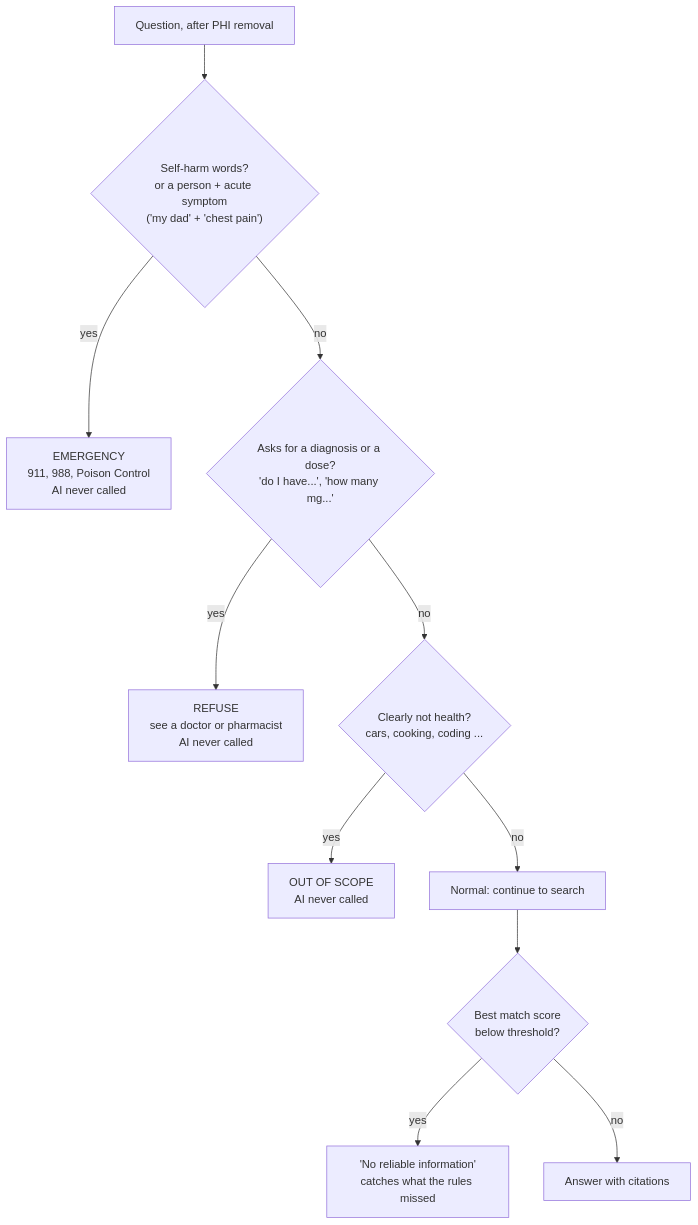
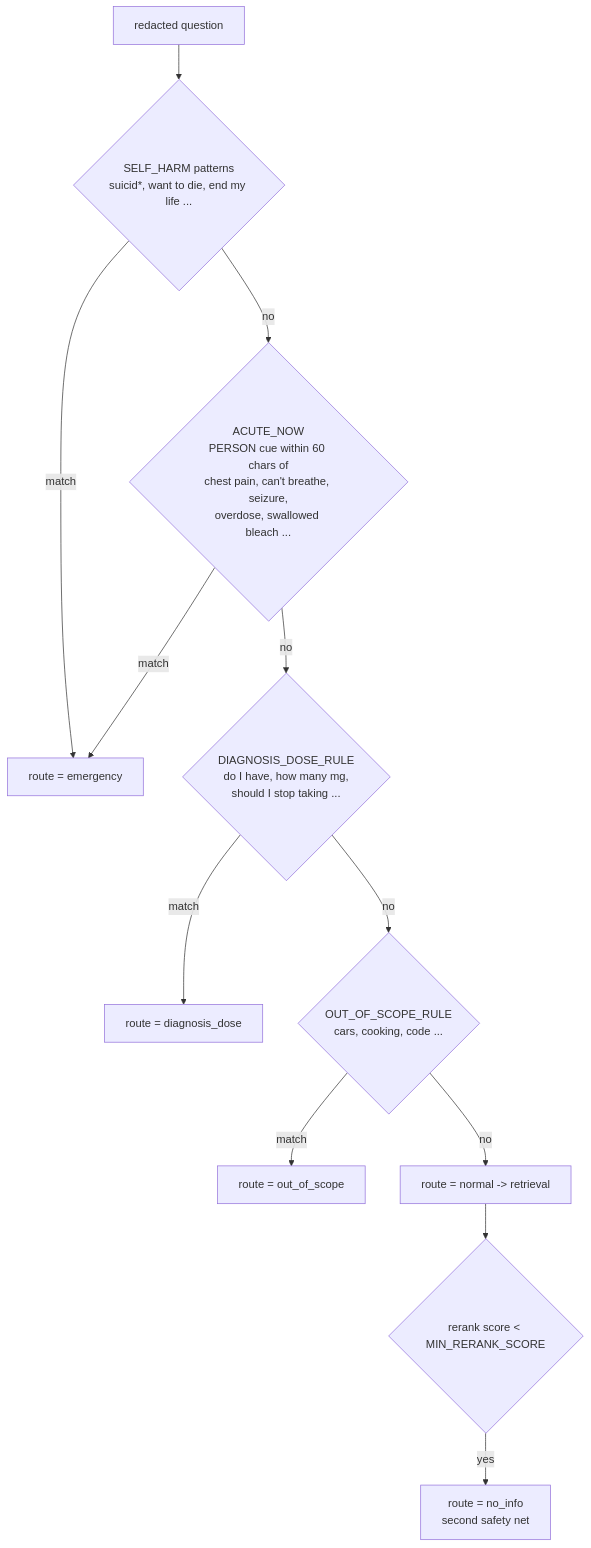
The third of 13 diagrams in README.md (pavanaditya123/healthcare-rag-assistant), drawn with Mermaid before and after one commit. The commit also changed other lines of this file, not shown here.

Commit message:
README: technical diagrams per component, each followed by an everyday explanation

````diff
--- a/README.md
+++ b/README.md
@@ -209,13 +171,14 @@
 ```mermaid
 flowchart TD
-    Q["Question, after PHI removal"] --> E{"Self-harm words?<br/>or a person + acute symptom<br/>('my dad' + 'chest pain')"}
-    E -- yes --> E1["EMERGENCY<br/>911, 988, Poison Control<br/>AI never called"]
-    E -- no --> D{"Asks for a diagnosis or a dose?<br/>'do I have...', 'how many mg...'"}
-    D -- yes --> D1["REFUSE<br/>see a doctor or pharmacist<br/>AI never called"]
-    D -- no --> O{"Clearly not health?<br/>cars, cooking, coding ..."}
-    O -- yes --> O1["OUT OF SCOPE<br/>AI never called"]
-    O -- no --> N["Normal: continue to search"]
-    N --> T{"Best match score<br/>below threshold?"}
-    T -- yes --> T1["'No reliable information'<br/>catches what the rules missed"]
-    T -- no --> A["Answer with citations"]
+    IN["redacted question"] --> SH{"SELF_HARM patterns<br/>suicid*, want to die, end my life ..."}
+    SH -- match --> EM["route = emergency"]
+    SH -- no --> AC{"ACUTE_NOW<br/>PERSON cue within 60 chars of<br/>chest pain, can't breathe, seizure,<br/>overdose, swallowed bleach ..."}
+    AC -- match --> EM
+    AC -- no --> DD{"DIAGNOSIS_DOSE_RULE<br/>do I have, how many mg,<br/>should I stop taking ..."}
+    DD -- match --> DR["route = diagnosis_dose"]
+    DD -- no --> OOS{"OUT_OF_SCOPE_RULE<br/>cars, cooking, code ..."}
+    OOS -- match --> OR["route = out_of_scope"]
+    OOS -- no --> N["route = normal -> retrieval"]
+    N --> T{"rerank score < MIN_RERANK_SCORE"}
+    T -- yes --> NI["route = no_info<br/>second safety net"]
 ```
````
